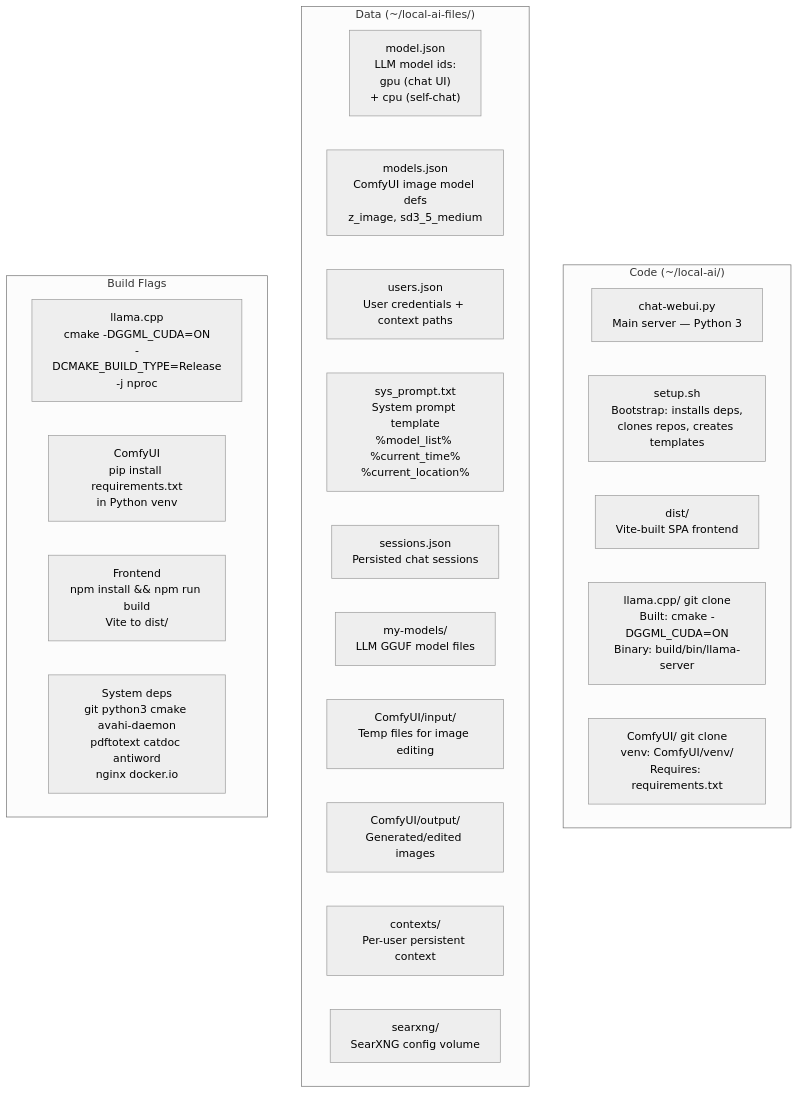
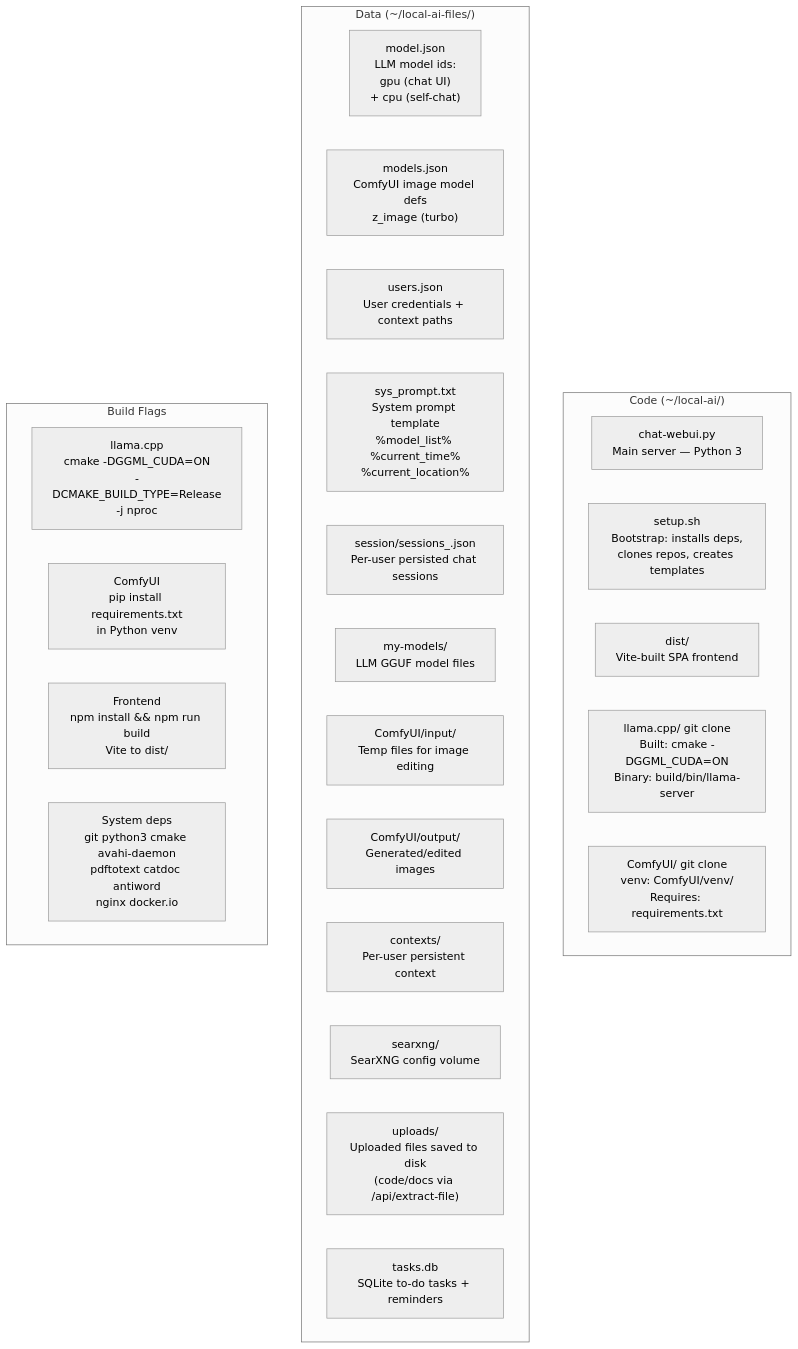
One commit to Palash90/local-ai changed the second of 12 diagrams in README.md. Above: the diagram before and after it, drawn with Mermaid (neutral theme). The commit also changed other lines of this file and 24 other files, not shown here.

````diff
--- a/README.md
+++ b/README.md
@@ -170,30 +171,32 @@
 ```mermaid
 graph TD
     subgraph CodeRepo ["Code (~/local-ai/)"]
         CR1["chat-webui.py\nMain server — Python 3"]
         CR2["setup.sh\nBootstrap: installs deps,\nclones repos, creates templates"]
         CR3["dist/\nVite-built SPA frontend"]
         CR4["llama.cpp/ git clone\nBuilt: cmake -DGGML_CUDA=ON\nBinary: build/bin/llama-server"]
         CR5["ComfyUI/ git clone\nvenv: ComfyUI/venv/\nRequires: requirements.txt"]
     end
 
     subgraph DataDir ["Data (~/local-ai-files/)"]
         DF1["model.json\nLLM model ids:\ngpu (chat UI)\n+ cpu (self-chat)"]
-        DF2["models.json\nComfyUI image model defs\nz_image, sd3_5_medium"]
+        DF2["models.json\nComfyUI image model defs\nz_image (turbo)"]
         DF3["users.json\nUser credentials + context paths"]
         DF4["sys_prompt.txt\nSystem prompt template\n%model_list% %current_time%\n%current_location%"]
-        DF5["sessions.json\nPersisted chat sessions"]
+        DF5["session/sessions_<user>.json\nPer-user persisted chat sessions"]
         DF6["my-models/\nLLM GGUF model files"]
         DF7["ComfyUI/input/\nTemp files for image editing"]
         DF8["ComfyUI/output/\nGenerated/edited images"]
         DF9["contexts/\nPer-user persistent context"]
         DF10["searxng/\nSearXNG config volume"]
+        DF11["uploads/\nUploaded files saved to disk\n(code/docs via /api/extract-file)"]
+        DF12["tasks.db\nSQLite to-do tasks + reminders"]
     end
 
     subgraph BuildFlags ["Build Flags"]
         BF1["llama.cpp\ncmake -DGGML_CUDA=ON\n-DCMAKE_BUILD_TYPE=Release\n-j nproc"]
         BF2["ComfyUI\npip install requirements.txt\nin Python venv"]
         BF3["Frontend\nnpm install && npm run build\nVite to dist/"]
         BF4["System deps\ngit python3 cmake avahi-daemon\npdftotext catdoc antiword\nnginx docker.io"]
     end
 ```
````
